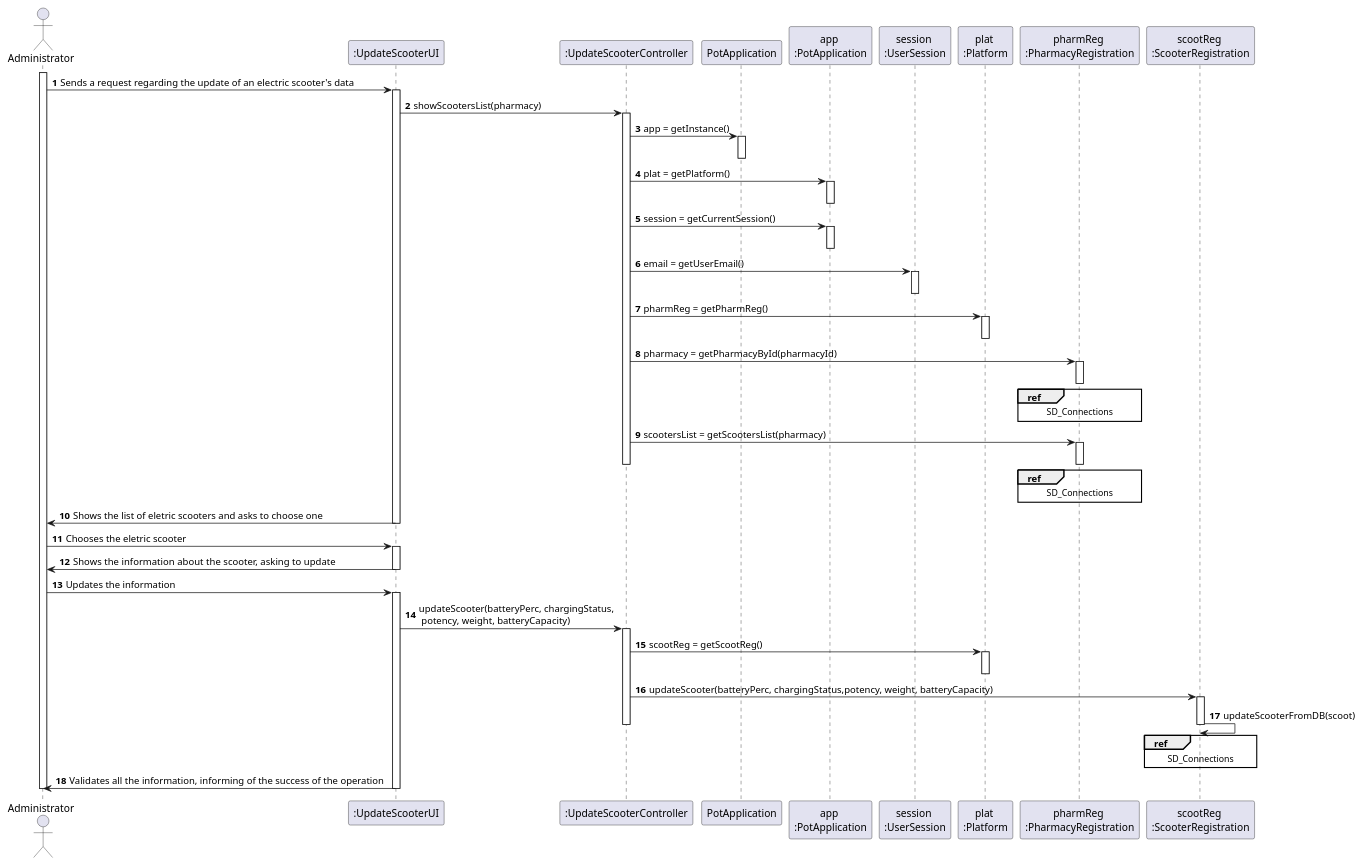
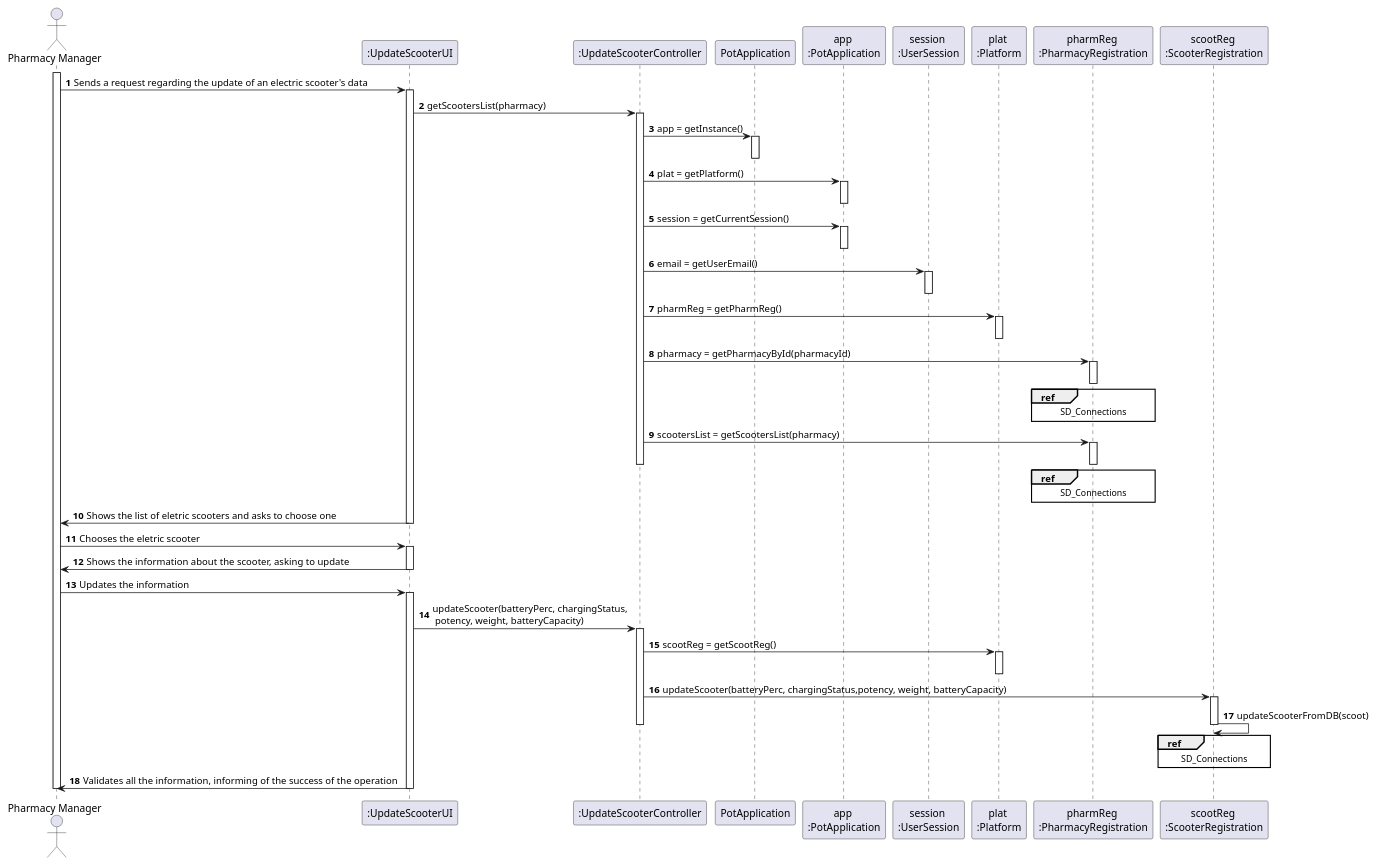
The diagram in docs/Iteration 1/Scooter Management/US32_UpdateScooter/US32_SD.puml (tiagoavcosta25/LAPR3), drawn with PlantUML before and after one commit. The commit also changed 4 other files, not shown here.

```diff
--- a/docs/Iteration 1/Scooter Management/US32_UpdateScooter/US32_SD.puml
+++ b/docs/Iteration 1/Scooter Management/US32_UpdateScooter/US32_SD.puml
@@ -1,80 +1,80 @@
 @startuml
 autonumber
-actor "Administrator" as ADMIN
+actor "Pharmacy Manager" as PHARMAN
 
 participant ":UpdateScooterUI" as UI
 participant ":UpdateScooterController" as CTRL
 participant "PotApplication" as PA
 participant "app \n:PotApplication" as APA
 participant "session \n:UserSession" as US
 participant "plat \n:Platform" as PLAT
 participant "pharmReg \n:PharmacyRegistration" as PH
 participant "scootReg \n:ScooterRegistration" as RS
 
 
 
-activate ADMIN
+activate PHARMAN
 
-ADMIN -> UI : Sends a request regarding the update of an electric scooter's data
+PHARMAN -> UI : Sends a request regarding the update of an electric scooter's data
 activate UI
-UI -> CTRL : showScootersList(pharmacy)
+UI -> CTRL : getScootersList(pharmacy)
 activate CTRL
 CTRL -> PA : app = getInstance()
 activate PA
 deactivate PA
 CTRL -> APA : plat = getPlatform()
 activate APA
 deactivate APA
 CTRL -> APA : session = getCurrentSession()
 activate APA
 deactivate APA
 CTRL -> US : email = getUserEmail()
 activate US
 deactivate US
 CTRL -> PLAT : pharmReg = getPharmReg()
 activate PLAT
 deactivate PLAT
 CTRL -> PH : pharmacy = getPharmacyById(pharmacyId)
 activate PH
 ref over PH
 SD_Connections
 end ref
 deactivate PH
 CTRL -> PH : scootersList = getScootersList(pharmacy)
 activate PH
 ref over PH
 SD_Connections
 end ref
 deactivate PH
 deactivate CTRL
-UI -> ADMIN : Shows the list of eletric scooters and asks to choose one
+UI -> PHARMAN : Shows the list of eletric scooters and asks to choose one
 deactivate UI
 
-ADMIN -> UI : Chooses the eletric scooter
+PHARMAN -> UI : Chooses the eletric scooter
 activate UI
 
-UI -> ADMIN : Shows the information about the scooter, asking to update
+UI -> PHARMAN : Shows the information about the scooter, asking to update
 deactivate UI
 
-ADMIN -> UI : Updates the information
+PHARMAN -> UI : Updates the information
 activate UI
 UI -> CTRL : updateScooter(batteryPerc, chargingStatus,\n potency, weight, batteryCapacity)
 activate CTRL
 CTRL -> PLAT : scootReg = getScootReg()
 activate PLAT
 deactivate PLAT
 CTRL -> RS : updateScooter(batteryPerc, chargingStatus,potency, weight, batteryCapacity)
 activate RS
 RS -> RS : updateScooterFromDB(scoot)
 ref over RS
 SD_Connections
 end ref
 deactivate RS
 deactivate CTRL
-UI -> ADMIN : Validates all the information, informing of the success of the operation
+UI -> PHARMAN : Validates all the information, informing of the success of the operation
 
 deactivate UI
 
-deactivate ADMIN
+deactivate PHARMAN
 
 @enduml
```
